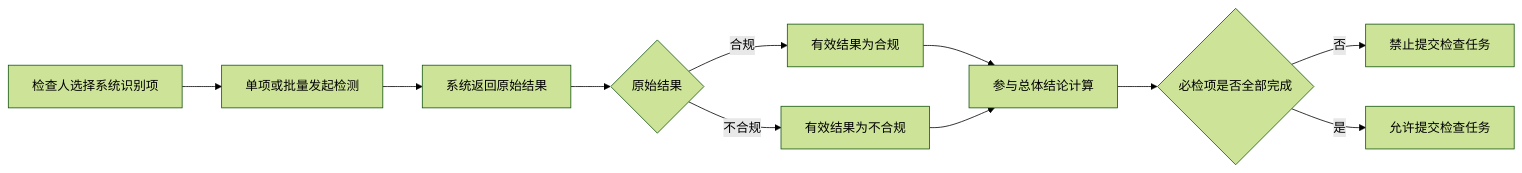
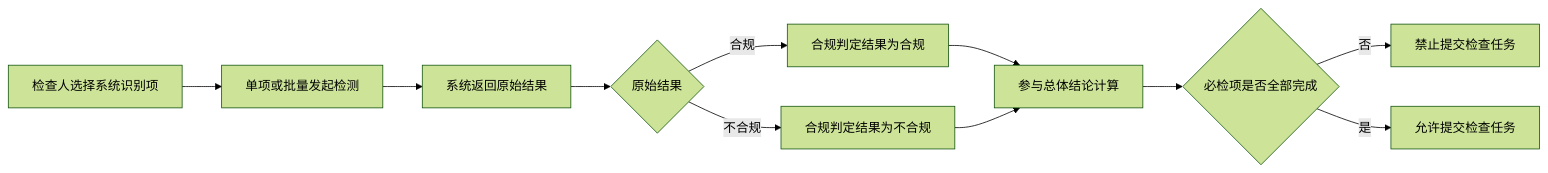
Before and after one commit to LRainD/LRainD.github.io: diagram 11 of 16 in axureMake/docs/四局一单一检/prd.md, drawn with Mermaid (forest theme). The commit also changed other lines of this file and 7 other files, not shown here.

````diff
--- a/axureMake/docs/四局一单一检/prd.md
+++ b/axureMake/docs/四局一单一检/prd.md
@@ -608,15 +632,15 @@
 ```mermaid
 flowchart LR
     A[检查人选择系统识别项] --> B[单项或批量发起检测]
     B --> C[系统返回原始结果]
     C --> D{原始结果}
 
-    D -->|合规| F[有效结果为合规]
-    D -->|不合规| J[有效结果为不合规]
+    D -->|合规| F[合规判定结果为合规]
+    D -->|不合规| J[合规判定结果为不合规]
 
     F --> N[参与总体结论计算]
     J --> N
     N --> O{必检项是否全部完成}
     O -->|否| P[禁止提交检查任务]
     O -->|是| Q[允许提交检查任务]
 ```
````
